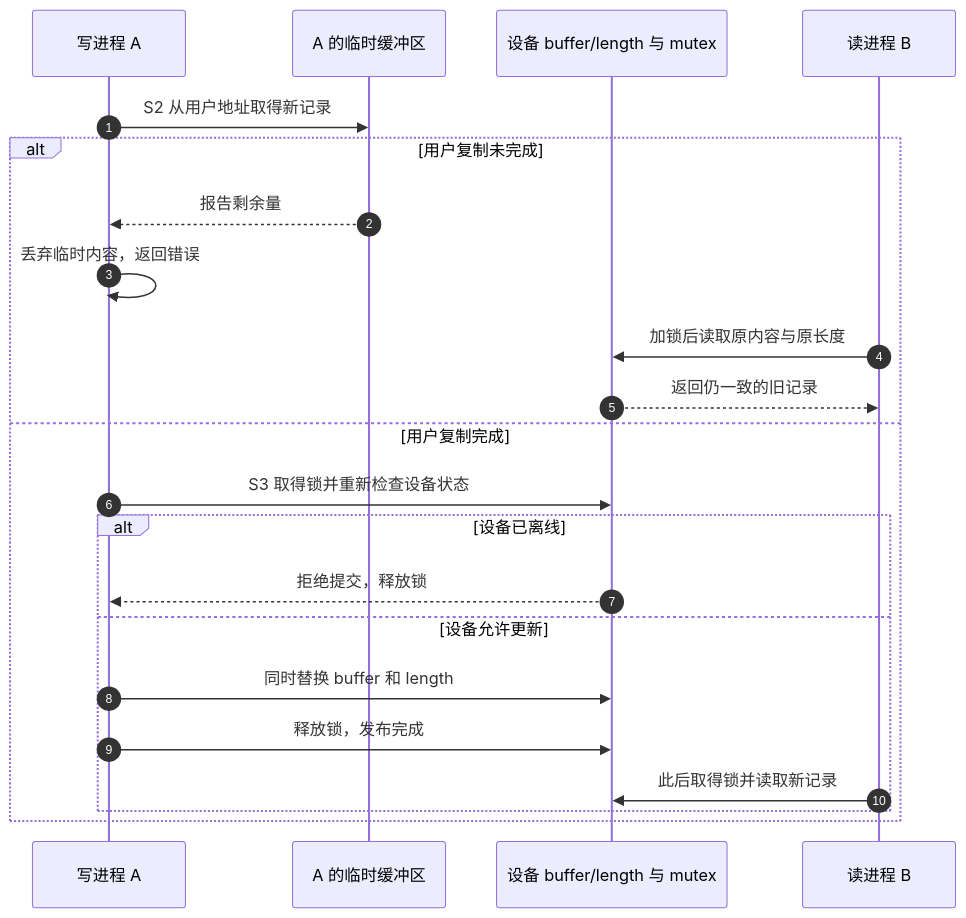
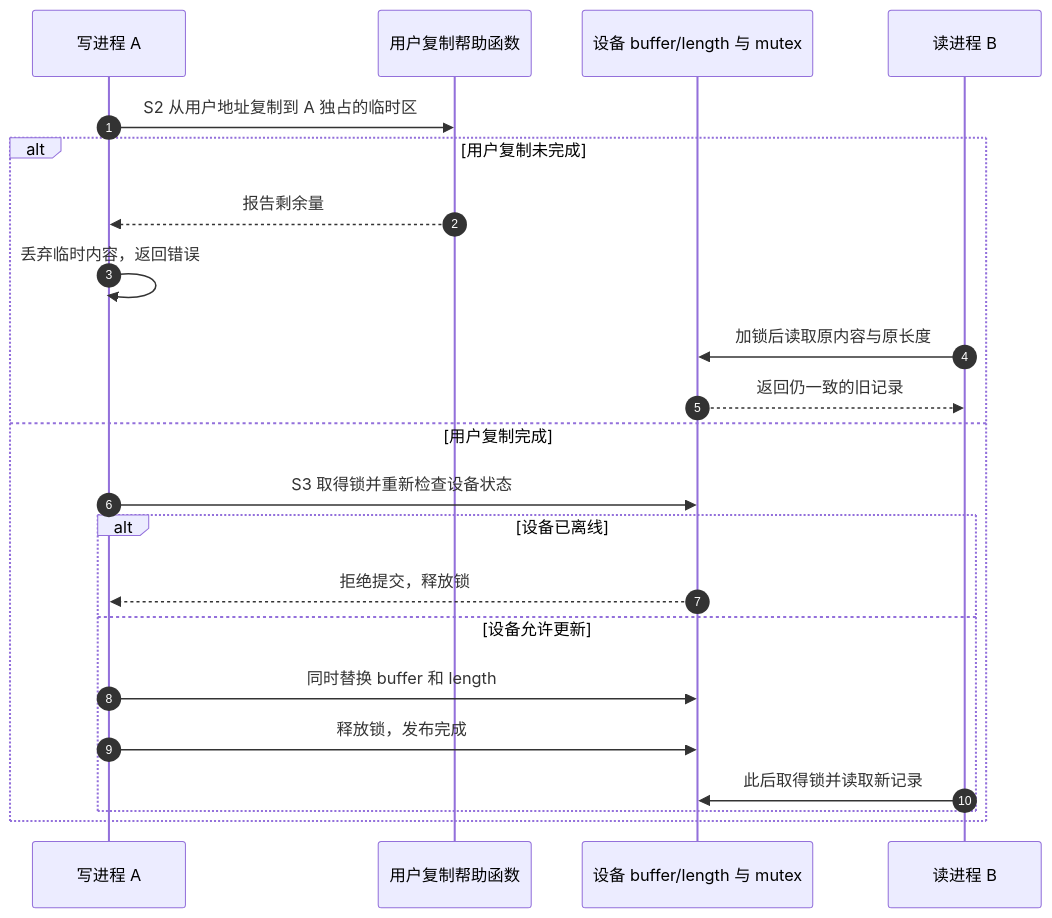
One commit to FormingSystem/linux_note changed the second of 2 diagrams in knowledge/driver_model/character_device/P05_文件操作契约与数据路径.md. Above: the diagram before and after it, drawn with Mermaid. The commit also changed other lines of this file and 7 other files, not shown here.

````diff
--- a/knowledge/driver_model/character_device/P05_文件操作契约与数据路径.md
+++ b/knowledge/driver_model/character_device/P05_文件操作契约与数据路径.md
@@ -94,24 +94,24 @@
 ```mermaid
 sequenceDiagram
     autonumber
     participant A as 写进程 A
-    participant T as A 的临时缓冲区
+    participant T as 用户复制帮助函数
     participant D as 设备 buffer/length 与 mutex
     participant B as 读进程 B
-    A->>T: S2 从用户地址取得新记录
+    A->>T: S2 从用户地址复制到 A 独占的临时区
     alt 用户复制未完成
         T-->>A: 报告剩余量
         A->>A: 丢弃临时内容，返回错误
         B->>D: 加锁后读取原内容与原长度
         D-->>B: 返回仍一致的旧记录
     else 用户复制完成
         A->>D: S3 取得锁并重新检查设备状态
         alt 设备已离线
             D-->>A: 拒绝提交，释放锁
         else 设备允许更新
             A->>D: 同时替换 buffer 和 length
             A->>D: 释放锁，发布完成
             B->>D: 此后取得锁并读取新记录
         end
     end
 ```
````
